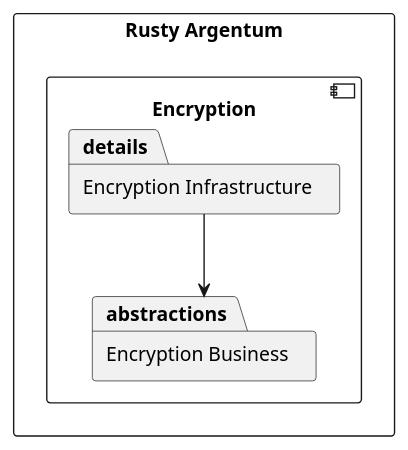
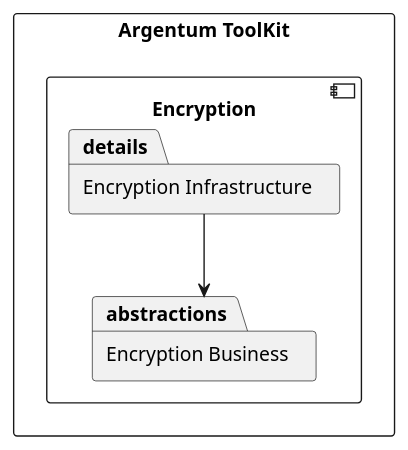
The second of 2 diagrams in readme.adoc (argentum-toolkit/argentum), drawn with PlantUML before and after one commit. The commit also changed other lines of this file and 42 other files, not shown here.

```diff
--- a/readme.adoc
+++ b/readme.adoc
@@ -68,11 +67,11 @@
 [plantuml, format="svg"]
 ----
-rectangle "Rusty Argentum" {
+rectangle "Argentum ToolKit" {
     component Encryption as e {
         package "Encryption Business" as abstractions
         package "Encryption Infrastructure" as details
 
         details --> abstractions
     }
 }
 ----
```
